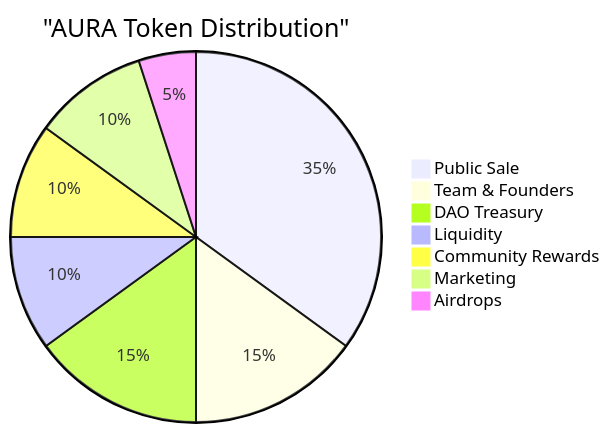
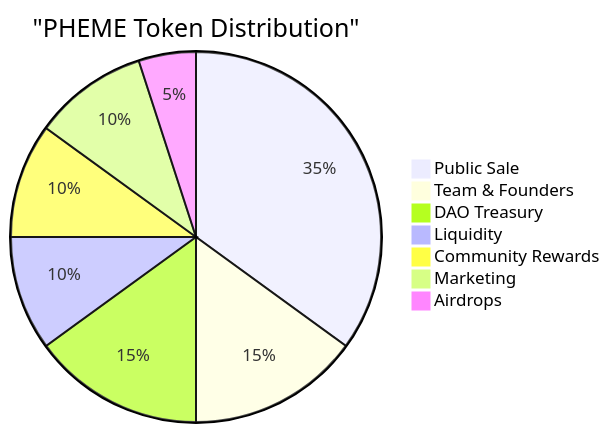
One commit to Pheme-Protocol/Pheme-Protocol changed the diagram in docs/governance/01-tokenomics.md. Above: the diagram before and after it, drawn with Mermaid. The commit also changed other lines of this file, not shown here.

````diff
--- a/docs/governance/01-tokenomics.md
+++ b/docs/governance/01-tokenomics.md
@@ -31,11 +31,11 @@
 ```mermaid
 pie
-    title "AURA Token Distribution"
+    title "PHEME Token Distribution"
     "Public Sale" : 35
     "Team & Founders" : 15
     "DAO Treasury" : 15
     "Liquidity" : 10
     "Community Rewards" : 10
     "Marketing" : 10
     "Airdrops" : 5
 ```
````
